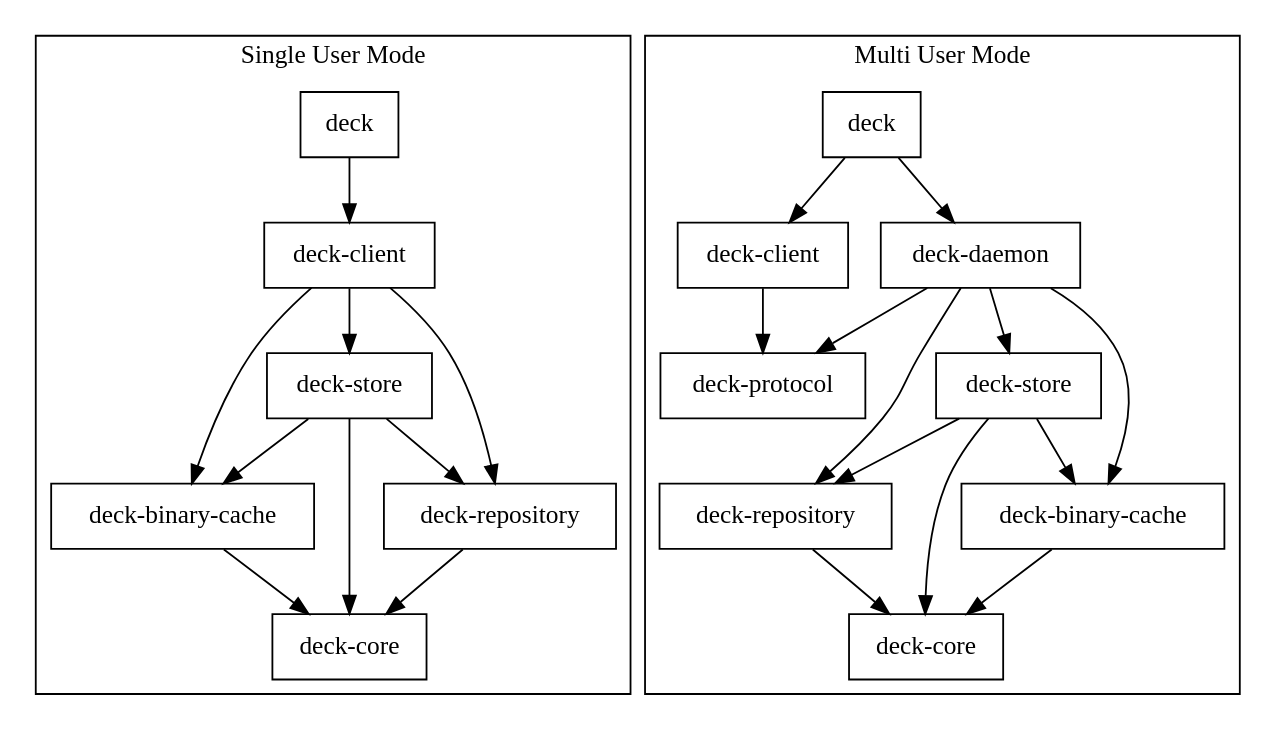
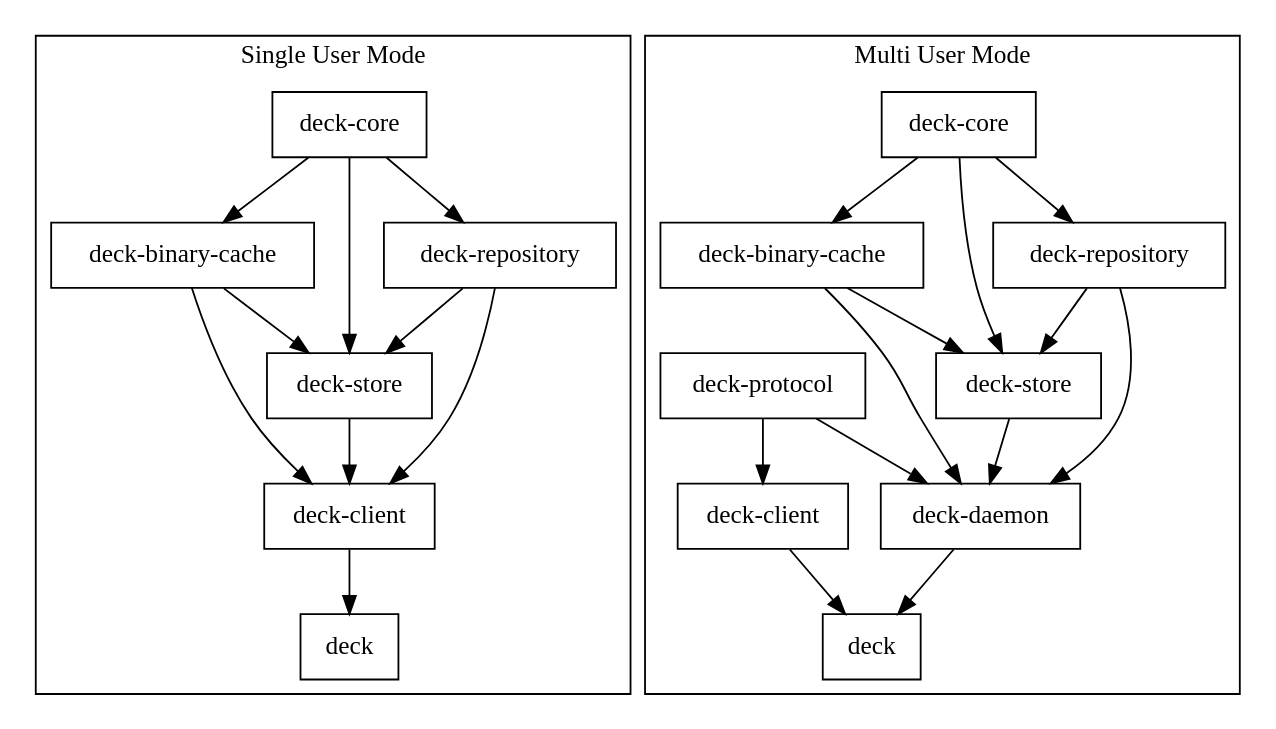
The diagram in crates.dot (ebkalderon/deck), drawn with Graphviz before and after one commit. The commit also changed 1 other file, not shown here.

```diff
--- a/crates.dot
+++ b/crates.dot
@@ -1,59 +1,62 @@
 digraph crates {
     node [shape=box];
 
     subgraph cluster_single_user {
         label="Single User Mode";
 
-        s_deck -> s_client;
+        s_core -> s_binary_cache;
+        s_core -> s_repository;
+        s_core -> s_store;
 
-        s_client -> s_binary_cache;
-        s_client -> s_repository;
-        s_client -> s_store;
+        s_binary_cache -> s_client;
+        s_binary_cache -> s_store;
 
-        s_store -> s_binary_cache;
-        s_store -> s_core;
-        s_store -> s_repository;
+        s_repository -> s_client;
+        s_repository -> s_store;
 
-        s_binary_cache -> s_core;
-        s_repository -> s_core;
+        s_store -> s_client;
+
+        s_client -> s_deck;
 
         s_core [label="deck-core"];
         s_deck [label="deck"];
         s_binary_cache [label="deck-binary-cache"];
         s_client [label="deck-client"];
         s_core [label="deck-core"];
         s_repository [label="deck-repository"];
         s_store [label="deck-store"];
     }
 
     subgraph cluster_multi_user {
         label="Multi User Mode";
 
-        m_deck -> m_client;
-        m_deck -> m_daemon;
+        m_core -> m_binary_cache;
+        m_core -> m_repository;
+        m_core -> m_store;
 
-        m_client -> m_protocol;
+        m_binary_cache -> m_daemon;
+        m_binary_cache -> m_store;
 
-        m_daemon -> m_binary_cache;
-        m_daemon -> m_protocol;
-        m_daemon -> m_repository;
-        m_daemon -> m_store;
+        m_repository -> m_daemon;
+        m_repository -> m_store;
 
-        m_store -> m_binary_cache;
-        m_store -> m_core;
-        m_store -> m_repository;
+        m_store -> m_daemon;
 
-        m_binary_cache -> m_core;
-        m_repository -> m_core;
+        m_protocol -> m_client;
+        m_protocol -> m_daemon;
+
+        m_client -> m_deck;
+
+        m_daemon -> m_deck;
 
         m_core [label="deck-core"];
         m_deck [label="deck"];
         m_binary_cache [label="deck-binary-cache"];
         m_client [label="deck-client"];
         m_core [label="deck-core"];
         m_daemon [label="deck-daemon"];
         m_protocol [label="deck-protocol"];
         m_repository [label="deck-repository"];
         m_store [label="deck-store"];
     }
 }
```
